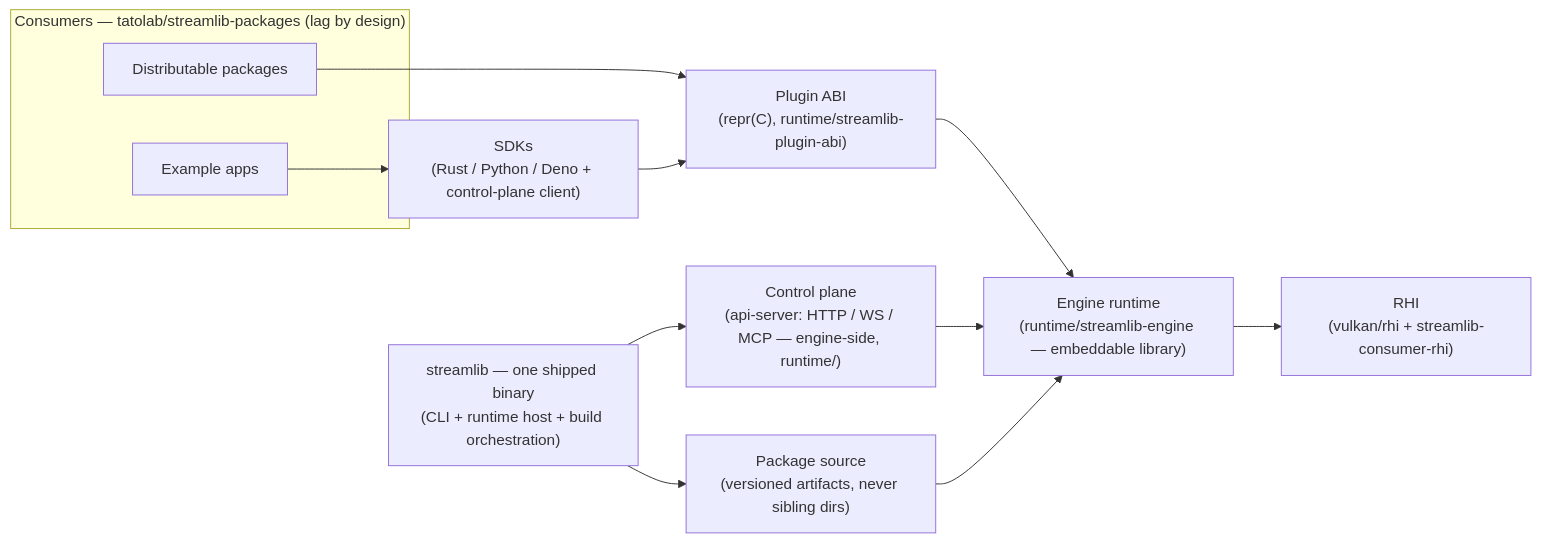
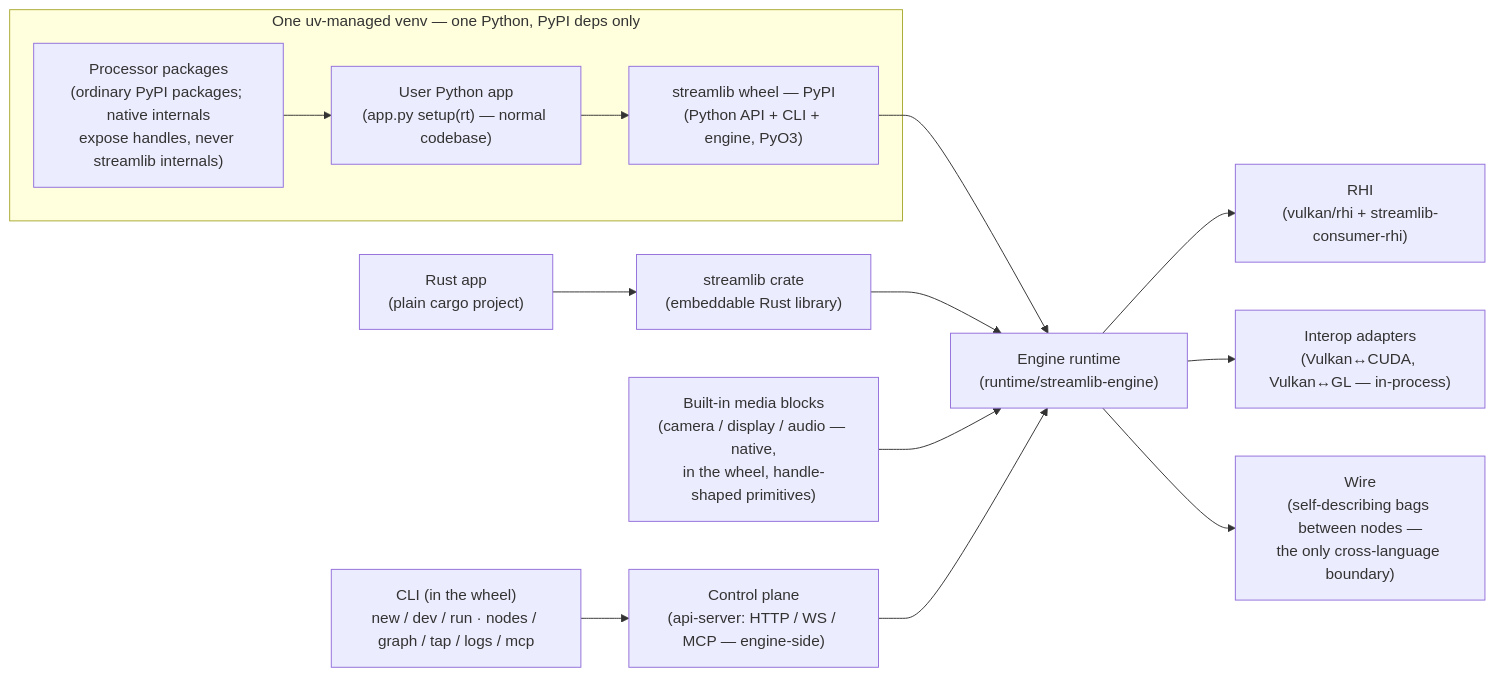
Before and after one commit to tatolab/streamlib: the diagram in docs/plan/diagrams/system.mmd, drawn with Mermaid. The commit also changed 5 other files, not shown here.

First line of the commit message:
plan: importable Python library — the SDK-shape pivot (direction confirmed verbatim)

```diff
--- a/docs/plan/diagrams/system.mmd
+++ b/docs/plan/diagrams/system.mmd
@@ -1,23 +1,28 @@
 flowchart LR
-  subgraph consumers["Consumers — tatolab/streamlib-packages (lag by design)"]
-    pkgs["Distributable packages"]
-    apps["Example apps"]
+  subgraph env["One uv-managed venv — one Python, PyPI deps only"]
+    app["User Python app\n(app.py setup(rt) — normal codebase)"]
+    pkgs["Processor packages\n(ordinary PyPI packages; native internals\nexpose handles, never streamlib internals)"]
+    wheel["streamlib wheel — PyPI\n(Python API + CLI + engine, PyO3)"]
   end
 
-  cli["streamlib — one shipped binary\n(CLI + runtime host + build orchestration)"]
-  ctl["Control plane\n(api-server: HTTP / WS / MCP — engine-side, runtime/)"]
-  engine["Engine runtime\n(runtime/streamlib-engine — embeddable library)"]
+  rustapp["Rust app\n(plain cargo project)"]
+  crate["streamlib crate\n(embeddable Rust library)"]
+  engine["Engine runtime\n(runtime/streamlib-engine)"]
+  media["Built-in media blocks\n(camera / display / audio — native,\nin the wheel, handle-shaped primitives)"]
   rhi["RHI\n(vulkan/rhi + streamlib-consumer-rhi)"]
-  abi["Plugin ABI\n(repr(C), runtime/streamlib-plugin-abi)"]
-  sdk["SDKs\n(Rust / Python / Deno + control-plane client)"]
-  pkgsrc["Package source\n(versioned artifacts, never sibling dirs)"]
+  interop["Interop adapters\n(Vulkan↔CUDA, Vulkan↔GL — in-process)"]
+  ctl["Control plane\n(api-server: HTTP / WS / MCP — engine-side)"]
+  cli["CLI (in the wheel)\nnew / dev / run · nodes / graph / tap / logs / mcp"]
+  wire["Wire\n(self-describing bags between nodes —\nthe only cross-language boundary)"]
 
-  apps --> sdk
-  pkgs --> abi
-  sdk --> abi
-  abi --> engine
+  pkgs --> app
+  app --> wheel
+  wheel --> engine
+  rustapp --> crate
+  crate --> engine
+  media --> engine
   engine --> rhi
+  engine --> interop
+  ctl --> engine
   cli --> ctl
-  ctl --> engine
-  cli --> pkgsrc
-  pkgsrc --> engine
+  engine --> wire
```
